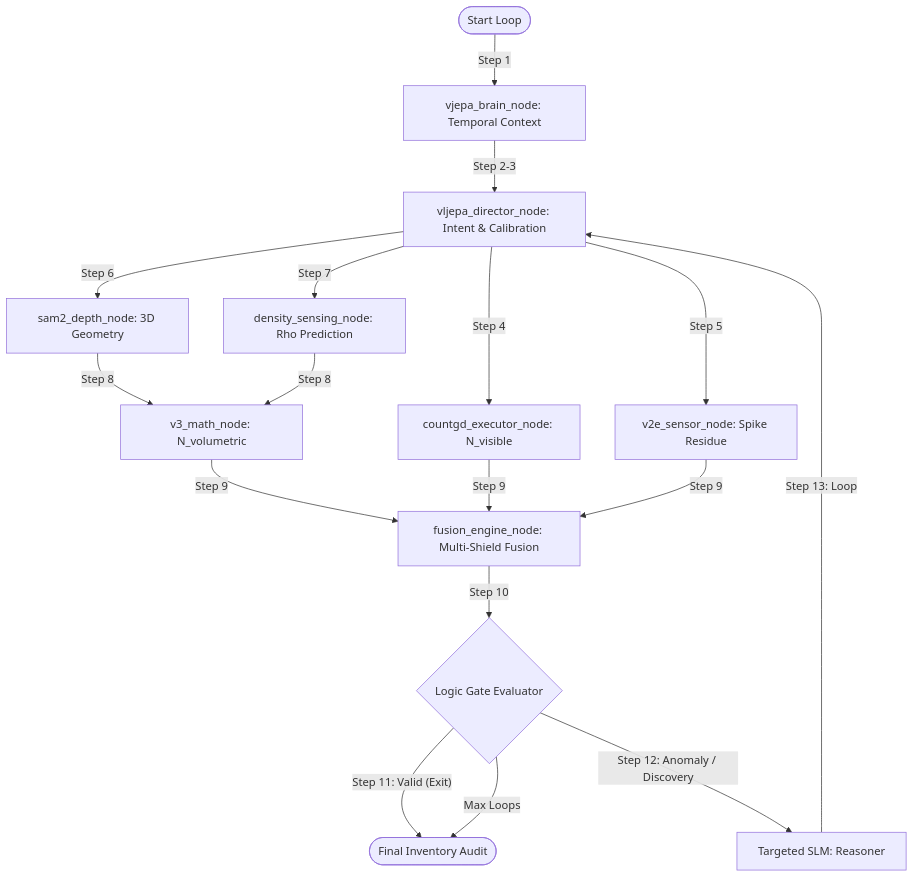
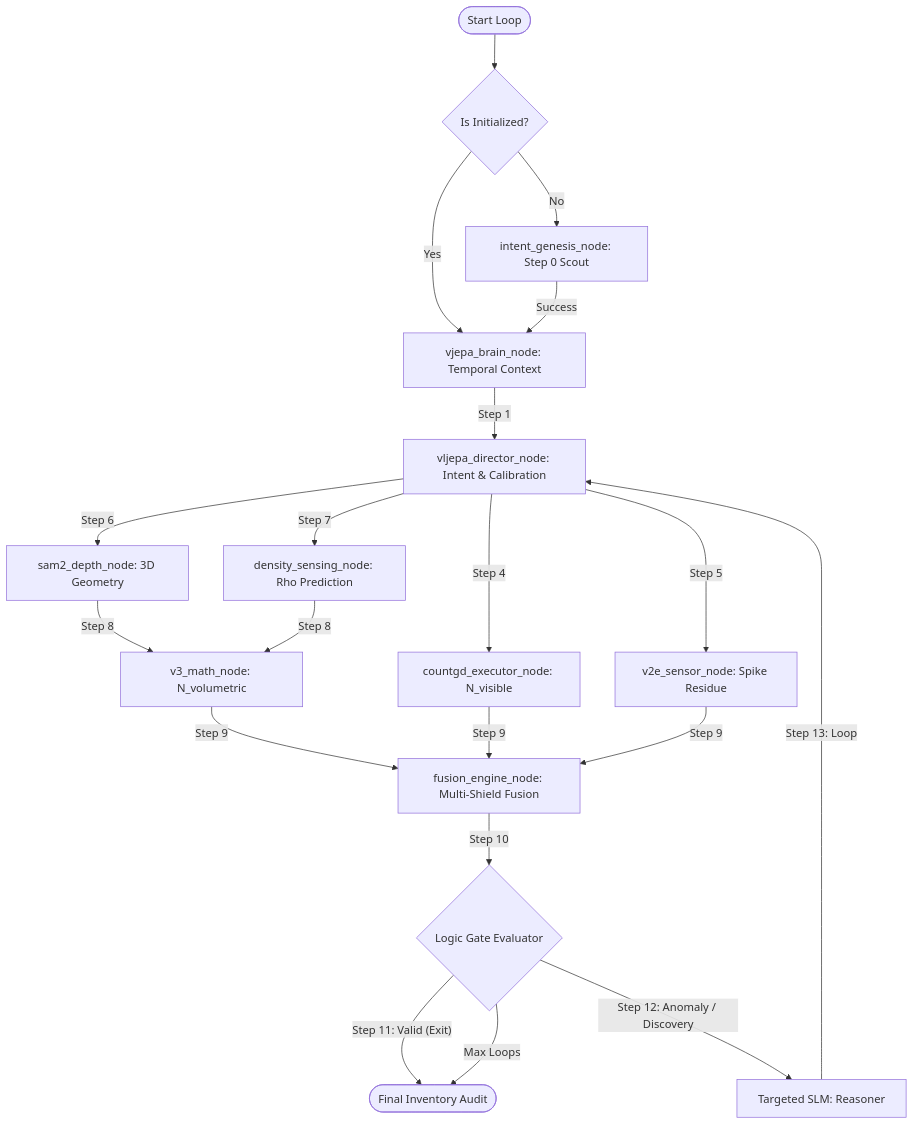
Before and after one commit to Yonnnnnnnnn/numeri-vjepa-experiment: the diagram in Flow_Chart.md, drawn with Mermaid. The commit also changed 10 other files, not shown here.

````diff
--- a/Flow_Chart.md
+++ b/Flow_Chart.md
@@ -24,27 +24,31 @@
 ```mermaid
 flowchart TD
-    %% Phase 0: Anchor
-    Start([Start Loop]) -- "Step 1" --> vjepa_brain_node[vjepa_brain_node: Temporal Context]
-    vjepa_brain_node -- "Step 2-3" --> vljepa_director_node[vljepa_director_node: Intent & Calibration]
+    %% Phase 0: Semantic Setup
+    Start([Start Loop]) --> check_init{Is Initialized?}
+    check_init -- "No" --> intent_genesis_node[intent_genesis_node: Step 0 Scout]
+    check_init -- "Yes" --> vjepa_brain_node
+
+    intent_genesis_node -- "Success" --> vjepa_brain_node[vjepa_brain_node: Temporal Context]
 
     %% Phase 1: Orbit
+    vjepa_brain_node -- "Step 1" --> vljepa_director_node[vljepa_director_node: Intent & Calibration]
     vljepa_director_node -- "Step 4" --> countgd_executor_node[countgd_executor_node: N_visible]
     vljepa_director_node -- "Step 5" --> v2e_sensor_node[v2e_sensor_node: Spike Residue]
     vljepa_director_node -- "Step 6" --> sam2_depth_node[sam2_depth_node: 3D Geometry]
     vljepa_director_node -- "Step 7" --> density_sensing_node[density_sensing_node: Rho Prediction]
 
     %% Phase 2: Audit
     sam2_depth_node & density_sensing_node -- "Step 8" --> v3_math_node[v3_math_node: N_volumetric]
     v3_math_node & countgd_executor_node & v2e_sensor_node -- "Step 9" --> fusion_engine_node[fusion_engine_node: Multi-Shield Fusion]
 
     %% Phase 3: Reconciliation
     fusion_engine_node -- "Step 10" --> logic_gate_node{Logic Gate Evaluator}
 
     logic_gate_node -- "Step 11: Valid (Exit)" --> End([Final Inventory Audit])
 
     logic_gate_node -- "Step 12: Anomaly / Discovery" --> targeted_slm_node[Targeted SLM: Reasoner]
     targeted_slm_node -- "Step 13: Loop" --> vljepa_director_node
 
     %% Failsafe
     logic_gate_node -- "Max Loops" --> End
 ```
````
